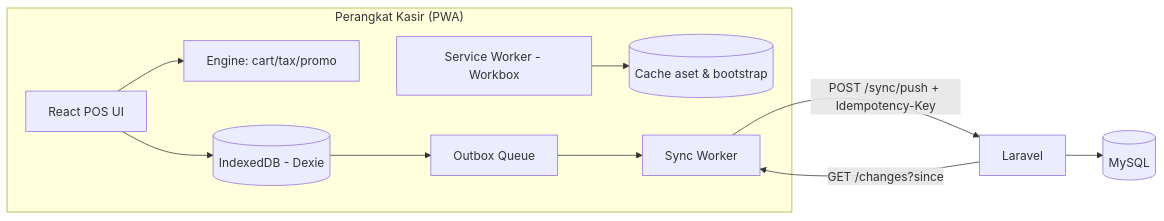
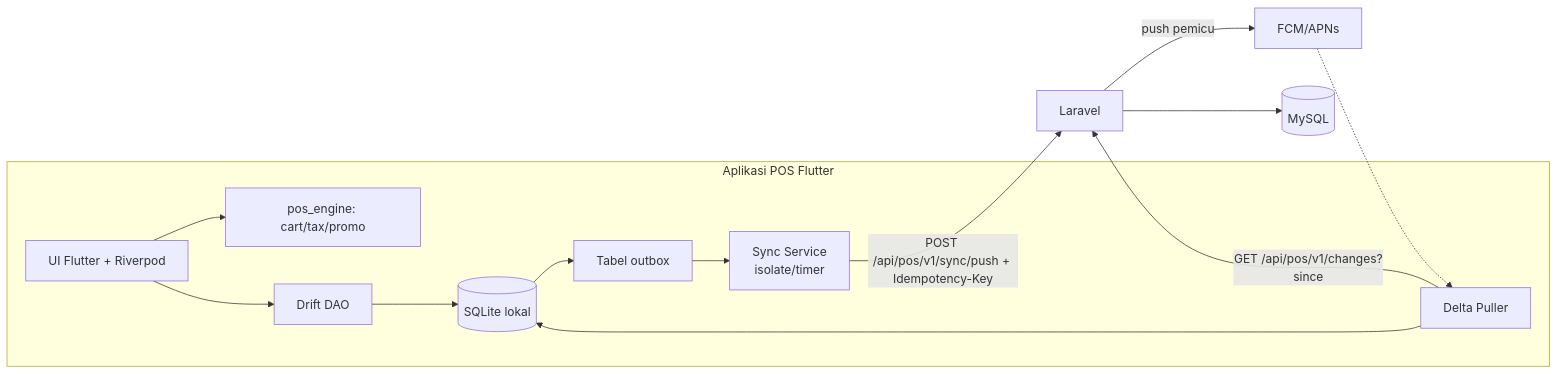
One commit to ahmad-affandi08/POS-SAAS changed the eighth of 9 diagrams in PRD.md. Above: the diagram before and after it, drawn with Mermaid. The commit also changed other lines of this file, not shown here.

First line of the commit message:
docs(prd): build POS app with Flutter for iOS, Android and desktop

````diff
--- a/PRD.md
+++ b/PRD.md
@@ -1843,13 +2096,15 @@
 ```mermaid
 flowchart LR
-    subgraph DEV["Perangkat Kasir (PWA)"]
-      UI[React POS UI] --> ENG[Engine: cart/tax/promo]
-      UI --> DX[(IndexedDB - Dexie)]
-      DX --> OB[Outbox Queue]
-      SW[Service Worker - Workbox] --> CACHE[(Cache aset & bootstrap)]
-      OB --> SYNC[Sync Worker]
+    subgraph APP["Aplikasi POS Flutter"]
+      UI[UI Flutter + Riverpod] --> ENG[pos_engine: cart/tax/promo]
+      UI --> DAO[Drift DAO]
+      DAO --> DB[(SQLite lokal)]
+      DB --> OB[Tabel outbox]
+      OB --> SYNC[Sync Service<br/>isolate/timer]
+      PULL[Delta Puller] --> DB
     end
-    SYNC -- POST /sync/push + Idempotency-Key --> API[Laravel]
-    API -- GET /changes?since --> SYNC
-    API --> DB[(MySQL)]
+    SYNC -- POST /api/pos/v1/sync/push + Idempotency-Key --> API[Laravel]
+    PULL -- GET /api/pos/v1/changes?since --> API
+    API -- push pemicu --> FCM[FCM/APNs] -.-> PULL
+    API --> MY[(MySQL)]
 ```
````
